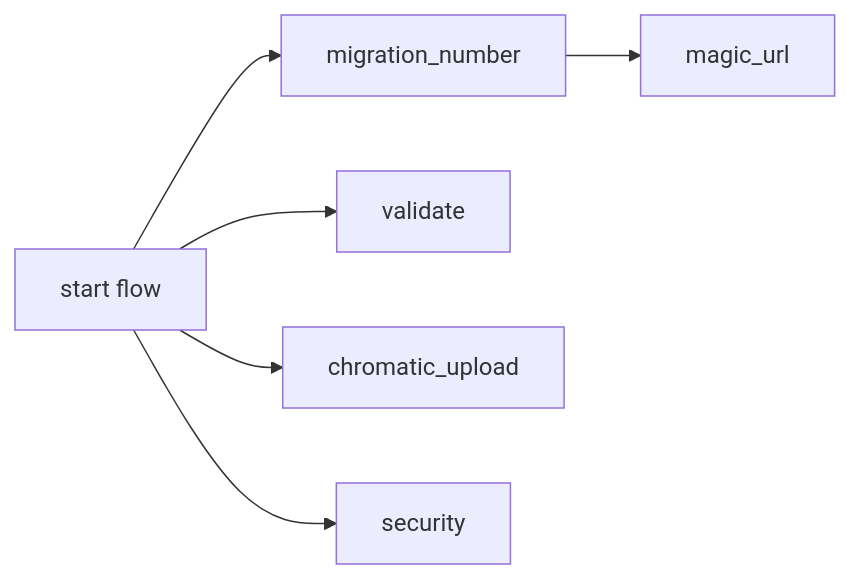
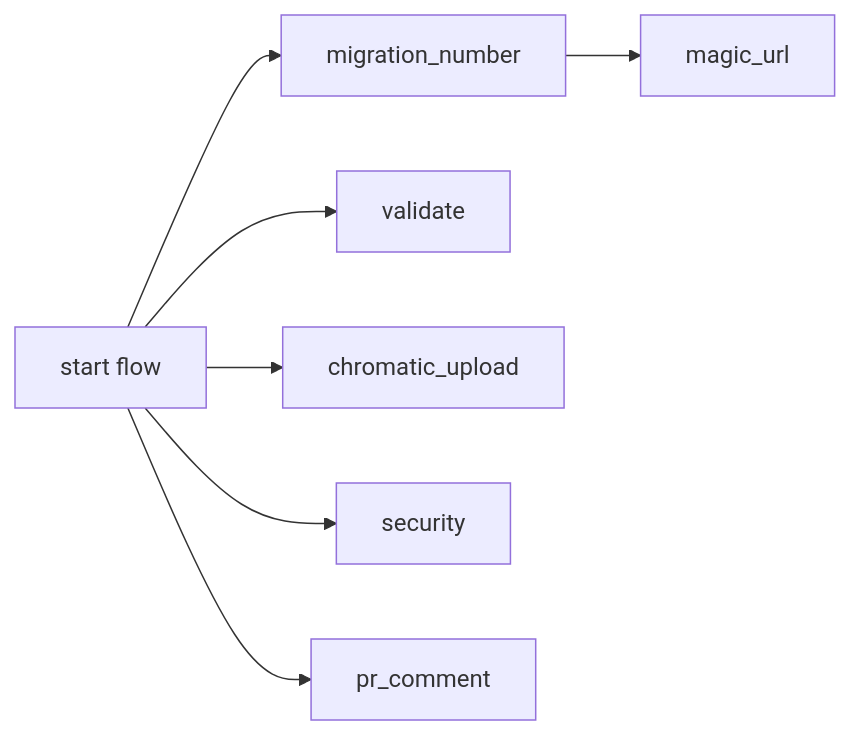
One commit to JupiterOne/.github changed the second of 2 diagrams in .github/workflows/docs/frontend/frontend_runtime_application_pr.md. Above: the diagram before and after it, drawn with Mermaid. The commit also changed 5 other files, not shown here.

````diff
--- a/.github/workflows/docs/frontend/frontend_runtime_application_pr.md
+++ b/.github/workflows/docs/frontend/frontend_runtime_application_pr.md
@@ -77,15 +77,17 @@
 ```mermaid
 graph LR;
     A[start flow];
     B[migration_number];
     C[magic_url];
     D[validate];
     E[chromatic_upload];
     F[security];
+    G[pr_comment]
 
     A --> B;
     A --> D;
     A --> E;
     B --> C;
-    A --> F
+    A --> F;
+    A --> G;
 ```
````
